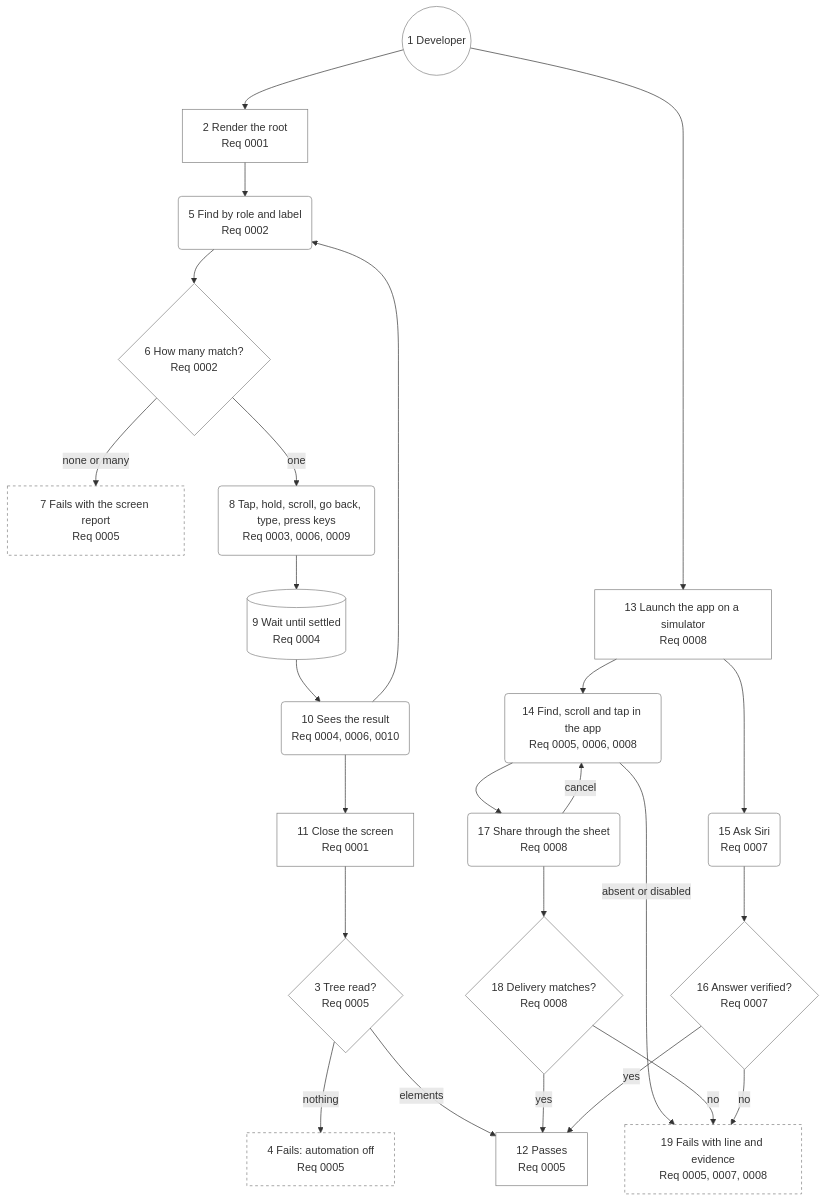
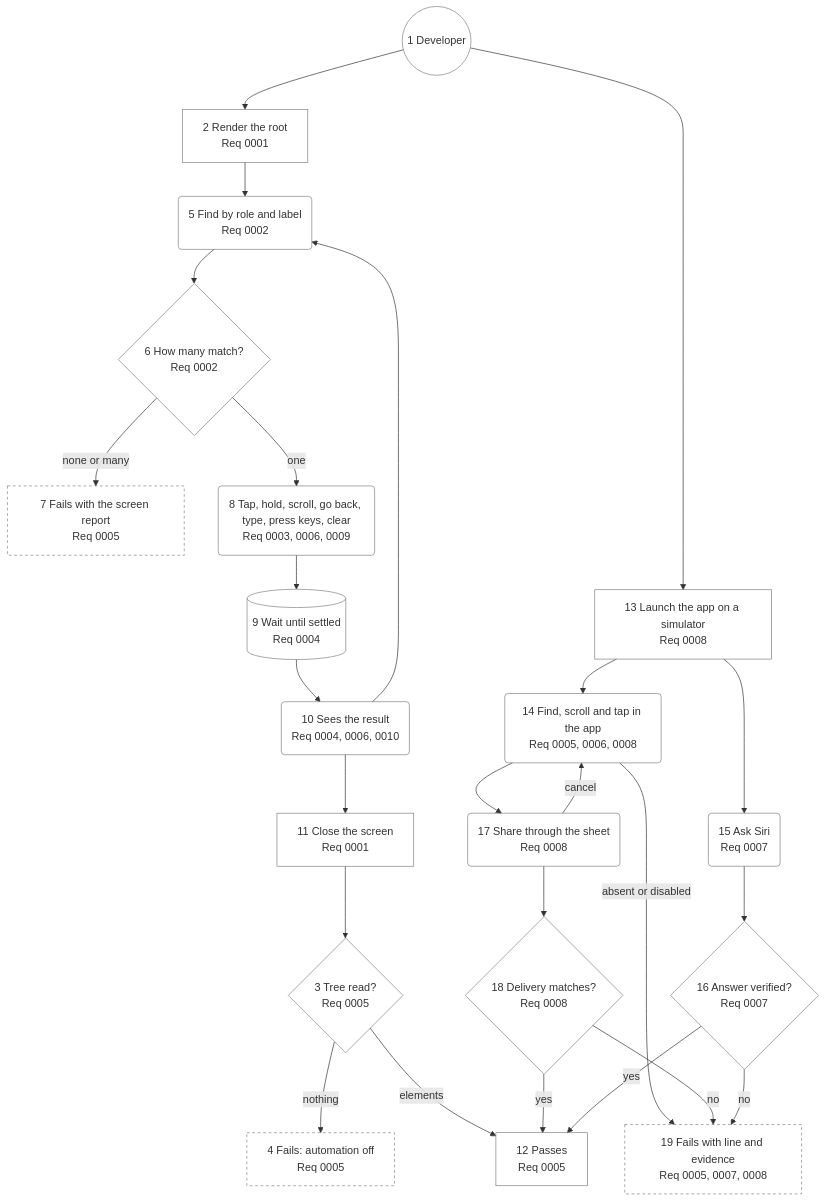
Before and after one commit to may-journal/apple-ui-testing-library: the diagram in docs/architecture/05-user-journey.md, drawn with Mermaid. The commit also changed other lines of this file and 13 other files, not shown here.

````diff
--- a/docs/architecture/05-user-journey.md
+++ b/docs/architecture/05-user-journey.md
@@ -13,54 +13,54 @@
 ```mermaid
 flowchart TB
     dev((1 Developer)):::persona
     render[2 Render the root<br/>Req 0001]:::step
     canary{3 Tree read?<br/>Req 0005}:::check
     empty[4 Fails: automation off<br/>Req 0005]:::blocked
     find(5 Find by role and label<br/>Req 0002):::action
     match{6 How many match?<br/>Req 0002}:::check
     missing[7 Fails with the screen report<br/>Req 0005]:::blocked
-    act(8 Tap, hold, scroll, go back, type, press keys<br/>Req 0003, 0006, 0009):::action
+    act(8 Tap, hold, scroll, go back, type, press keys, clear<br/>Req 0003, 0006, 0009):::action
     settle[(9 Wait until settled<br/>Req 0004)]:::system
     sees(10 Sees the result<br/>Req 0004, 0006, 0010):::action
     close[11 Close the screen<br/>Req 0001]:::step
     passes[12 Passes<br/>Req 0005]:::step
     launch[13 Launch the app on a simulator<br/>Req 0008]:::step
     tap(14 Find, scroll and tap in the app<br/>Req 0005, 0006, 0008):::action
     siri(15 Ask Siri<br/>Req 0007):::action
     answer{16 Answer verified?<br/>Req 0007}:::check
     share(17 Share through the sheet<br/>Req 0008):::action
     delivery{18 Delivery matches?<br/>Req 0008}:::check
     sysFails[19 Fails with line and evidence<br/>Req 0005, 0007, 0008]:::blocked
 
     dev --> render
     render --> find
     find --> match
     match -->|one| act
     match -->|none or many| missing
     act --> settle
     settle --> sees
     sees --> find
     sees --> close
     close --> canary
     canary -->|nothing| empty
     canary -->|elements| passes
     dev --> launch
     launch --> tap
     launch --> siri
     tap -->|absent or disabled| sysFails
     tap --> share
     share -->|cancel| tap
     share --> delivery
     delivery -->|yes| passes
     delivery -->|no| sysFails
     siri --> answer
     answer -->|yes| passes
     answer -->|no| sysFails
 
     classDef persona fill:none,stroke:gray
     classDef step fill:none,stroke:gray
     classDef action fill:none,stroke:gray
     classDef check fill:none,stroke:gray
     classDef system fill:none,stroke:gray
     classDef blocked fill:none,stroke:gray,stroke-dasharray:4
 ```
````
